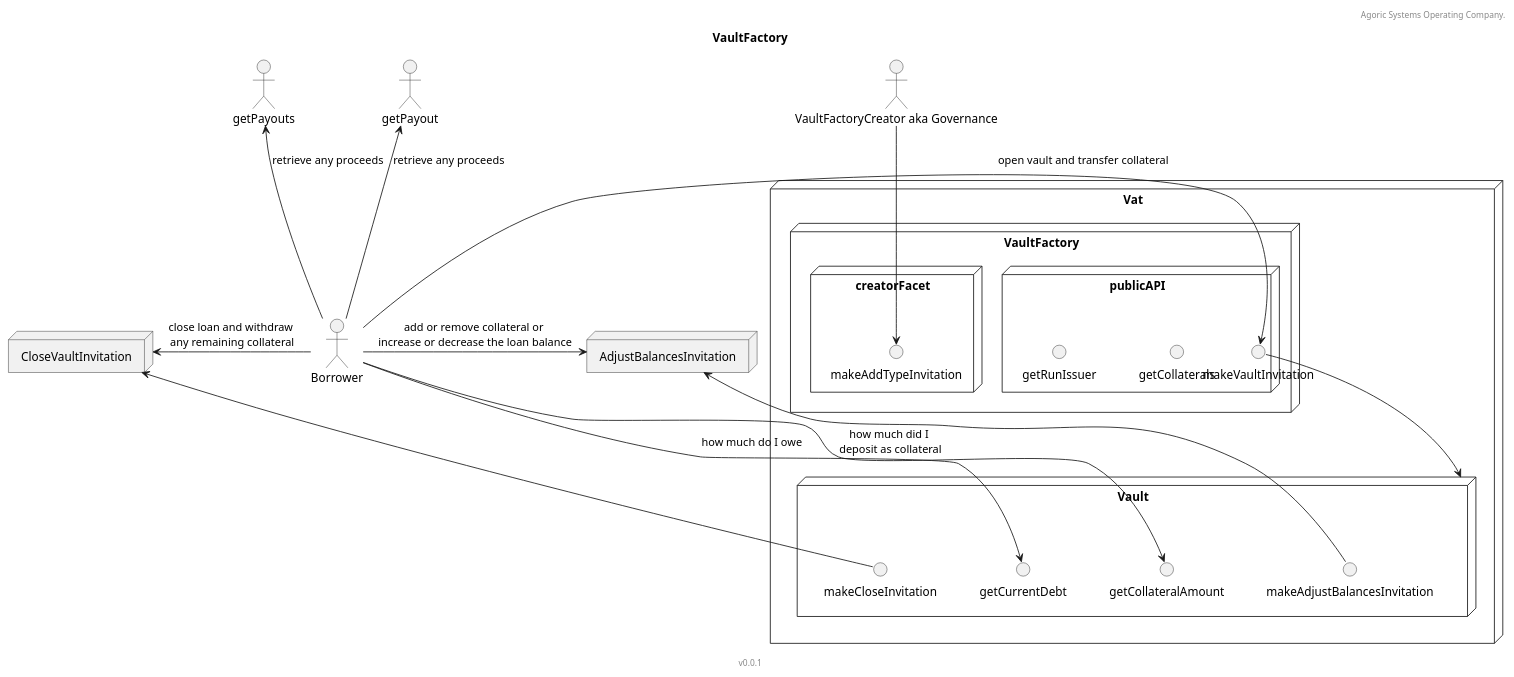
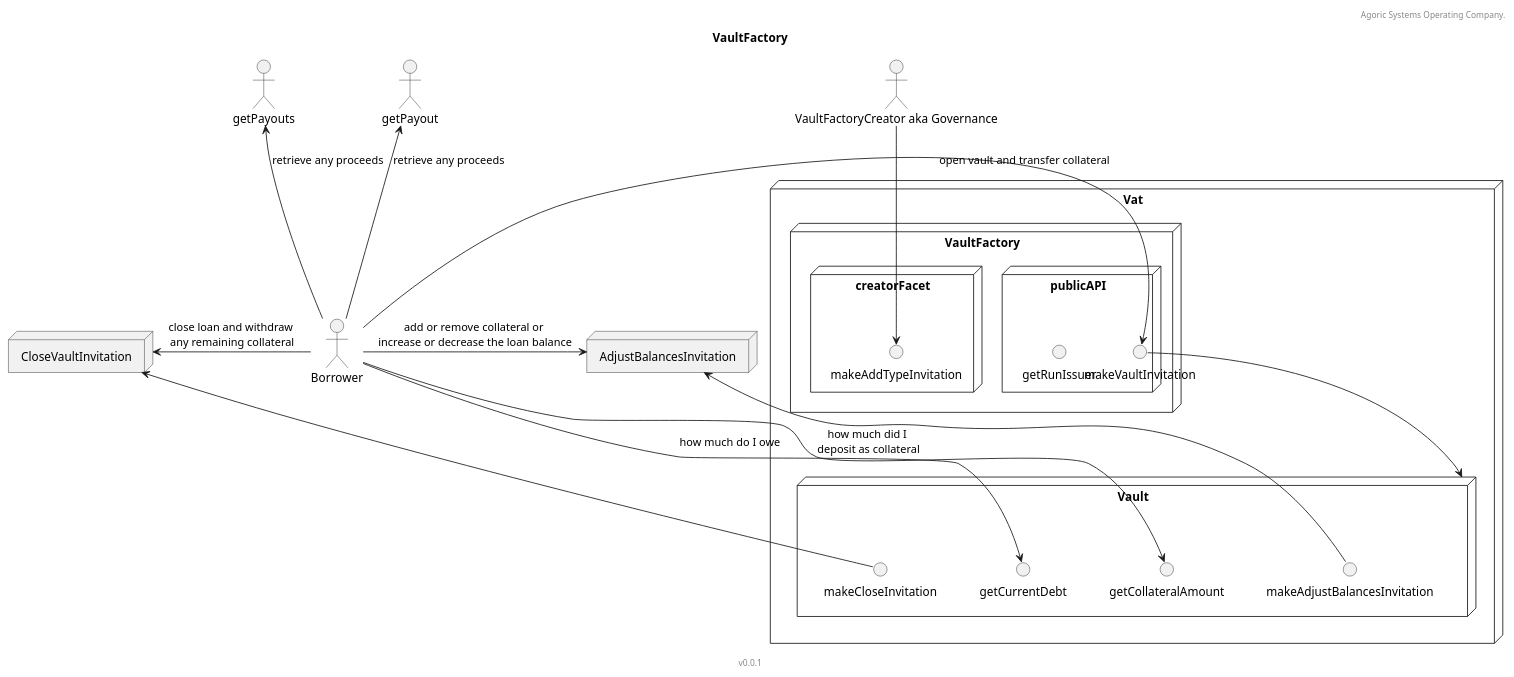
One commit to Agoric/agoric-sdk changed the diagram in docs/threat_models/vaultFactory/vaultFactory.puml. Above: the diagram before and after it, drawn with PlantUML. The commit also changed 3 other files, not shown here.

First line of the commit message:
BREAKING CHANGE: remove getCollaterals from vaultFactory

```diff
--- a/docs/threat_models/vaultFactory/vaultFactory.puml
+++ b/docs/threat_models/vaultFactory/vaultFactory.puml
@@ -1,47 +1,46 @@
 @startuml VaultFactory
 header Agoric Systems Operating Company.
 footer v0.0.1
 title VaultFactory
 
 skinparam componentStyle rectangle
 skinparam defaultTextAlignment center
 
 
 actor "VaultFactoryCreator aka Governance" as vfc
 
 actor Borrower
 
 node AdjustBalancesInvitation
 node "CloseVaultInvitation"
 
 node "Vat" {
     node VaultFactory {
         node "publicAPI" {
-            circle getCollaterals
             circle makeVaultInvitation
             circle getRunIssuer
         }
         node "creatorFacet" {
             circle makeAddTypeInvitation
         }
     }
     node "Vault" {
         circle makeCloseInvitation
         makeCloseInvitation -u-> CloseVaultInvitation
         circle makeAdjustBalancesInvitation
         makeAdjustBalancesInvitation -u-> AdjustBalancesInvitation
         circle getCollateralAmount
         circle getCurrentDebt
     }
 }
 Borrower -> makeVaultInvitation: open vault and transfer collateral
 makeVaultInvitation -d-> Vault
 Borrower -u-> getPayout: retrieve any proceeds
 Borrower -u-> getPayouts: retrieve any proceeds
 Borrower -> AdjustBalancesInvitation: add or remove collateral or \nincrease or decrease the loan balance
 Borrower -l-> CloseVaultInvitation: close loan and withdraw \nany remaining collateral
 vfc -d-> makeAddTypeInvitation
 Borrower -d-> getCurrentDebt: how much do I owe
 Borrower -d-> getCollateralAmount: how much did I \ndeposit as collateral
 
 @enduml
```
